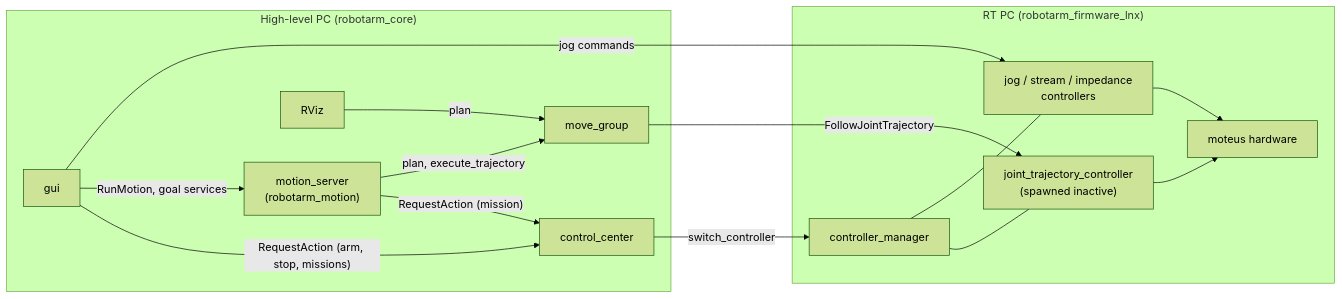
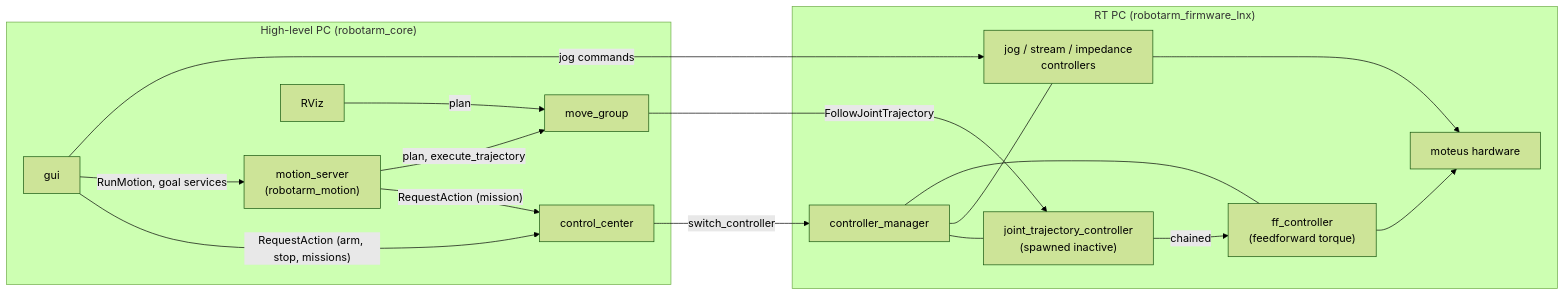
Before and after one commit to ruben01egle/robotarm_core: the diagram in src/robotarm_moveit_config/README.md, drawn with Mermaid (forest theme). The commit also changed other lines of this file and 6 other files, not shown here.

````diff
--- a/src/robotarm_moveit_config/README.md
+++ b/src/robotarm_moveit_config/README.md
@@ -13,25 +13,28 @@
 ```mermaid
 flowchart LR
     subgraph HL["High-level PC (robotarm_core)"]
         GUI["gui"]
         CC["control_center"]
         MS["motion_server<br/>(robotarm_motion)"]
         MG["move_group"]
         RVIZ["RViz"]
     end
     subgraph RT["RT PC (robotarm_firmware_lnx)"]
         CM["controller_manager"]
         JTC["joint_trajectory_controller<br/>(spawned inactive)"]
         JOG["jog / stream / impedance<br/>controllers"]
+        FF["ff_controller<br/>(feedforward torque)"]
         HW["moteus hardware"]
     end
     GUI -- "RequestAction (arm, stop, missions)" --> CC
     GUI -- "RunMotion, goal services" --> MS
     MS -- "RequestAction (mission)" --> CC
     CC -- "switch_controller" --> CM
     MS -- "plan, execute_trajectory" --> MG
     RVIZ -- "plan" --> MG
     MG -- "FollowJointTrajectory" --> JTC
     GUI -- "jog commands" --> JOG
-    CM --- JTC & JOG --> HW
+    CM --- JTC & JOG & FF
+    JTC -- "chained" --> FF
+    FF & JOG --> HW
 ```
````
